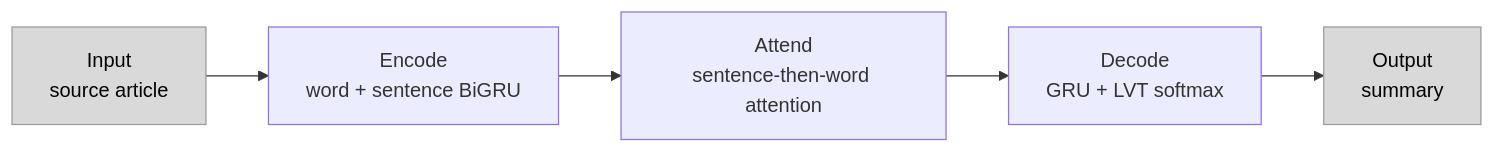
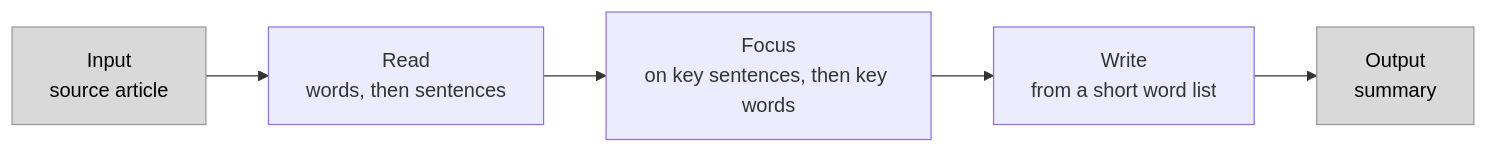
Before and after one commit to FatemaKotb/Comparing-Summarization-Models-on-CNN-DailyMail: the second of 5 diagrams in README.md, drawn with Mermaid. The commit also changed other lines of this file, not shown here.

````diff
--- a/README.md
+++ b/README.md
@@ -78,9 +79,9 @@
 ```mermaid
 flowchart LR
-    I[Input<br/>source article] --> E[Encode<br/>word + sentence BiGRU]
-    E --> A[Attend<br/>sentence-then-word attention]
-    A --> D[Decode<br/>GRU + LVT softmax]
+    I[Input<br/>source article] --> E[Read<br/>words, then sentences]
+    E --> A[Focus<br/>on key sentences, then key words]
+    A --> D[Write<br/>from a short word list]
     D --> O[Output<br/>summary]
     classDef io fill:#d9d9d9,stroke:#999999,color:#000000
     class I,O io
 ```
````
